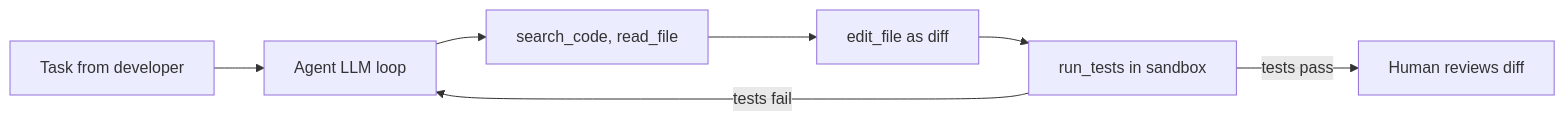
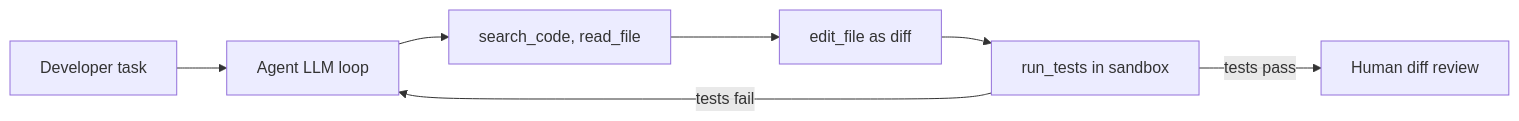
Before and after one commit to flow6979/viewinter: diagram 11 of 14 in content-en/11-agentic/12-agents-in-production.md, drawn with Mermaid. The commit also changed other lines of this file and 26 other files, not shown here.

First line of the commit message:
Agentic AI: rewrite all 13 pages to explain from scratch; animate diagrams on every article

````diff
--- a/content-en/11-agentic/12-agents-in-production.md
+++ b/content-en/11-agentic/12-agents-in-production.md
@@ -341,9 +636,9 @@
 ```mermaid
 flowchart LR
-    T["Task from developer"] --> L["Agent LLM loop"]
+    T["Developer task"] --> L["Agent LLM loop"]
     L --> S["search_code, read_file"]
     S --> E["edit_file as diff"]
     E --> R["run_tests in sandbox"]
+    R -->|tests pass| AP["Human diff review"]
     R -->|tests fail| L
-    R -->|tests pass| AP["Human reviews diff"]
 ```
````
